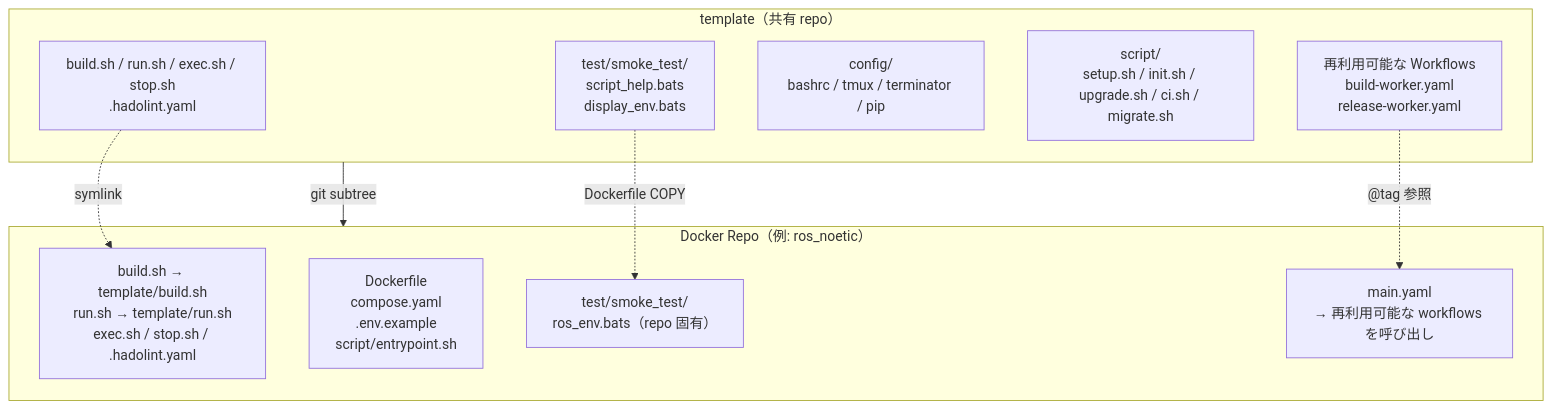
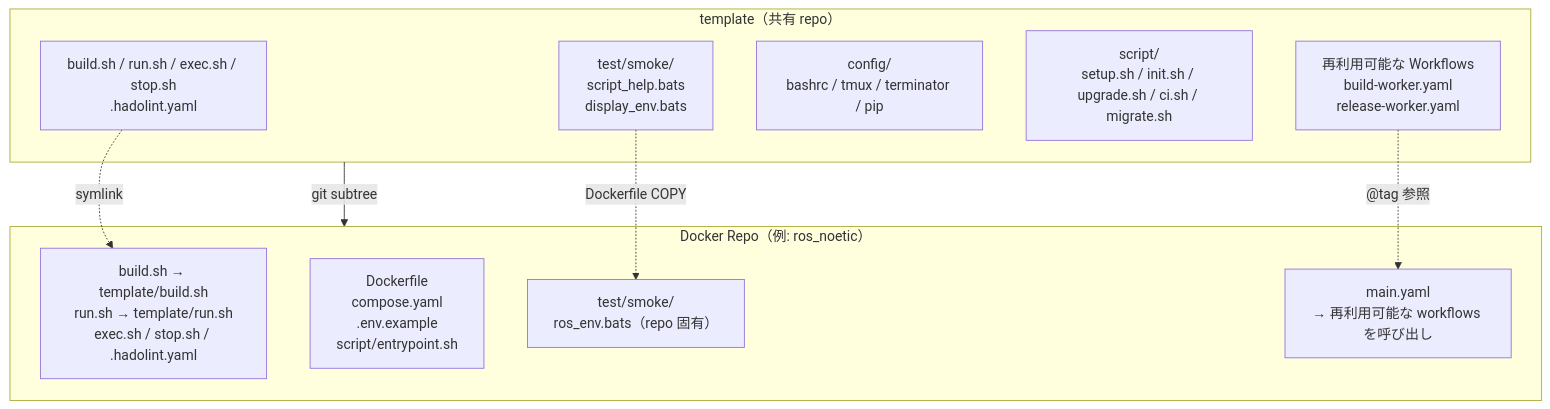
The first of 2 diagrams in doc/readme/README.ja.md (ycpss91255-docker/base), drawn with Mermaid before and after one commit. The commit also changed other lines of this file and 18 other files, not shown here.

First line of the commit message:
refactor: rename test/smoke_test/ → test/smoke/

````diff
--- a/doc/readme/README.ja.md
+++ b/doc/readme/README.ja.md
@@ -53,22 +53,22 @@
 ```mermaid
 graph TB
     subgraph template["template（共有 repo）"]
         scripts["build.sh / run.sh / exec.sh / stop.sh<br/>.hadolint.yaml"]
-        smoke["test/smoke_test/<br/>script_help.bats<br/>display_env.bats"]
+        smoke["test/smoke/<br/>script_help.bats<br/>display_env.bats"]
         config["config/<br/>bashrc / tmux / terminator / pip"]
         mgmt["script/<br/>setup.sh / init.sh / upgrade.sh / ci.sh / migrate.sh"]
         workflows["再利用可能な Workflows<br/>build-worker.yaml<br/>release-worker.yaml"]
     end
 
     subgraph consumer["Docker Repo（例: ros_noetic）"]
         symlinks["build.sh → template/build.sh<br/>run.sh → template/run.sh<br/>exec.sh / stop.sh / .hadolint.yaml"]
         dockerfile["Dockerfile<br/>compose.yaml<br/>.env.example<br/>script/entrypoint.sh"]
-        repo_test["test/smoke_test/<br/>ros_env.bats（repo 固有）"]
+        repo_test["test/smoke/<br/>ros_env.bats（repo 固有）"]
         main_yaml["main.yaml<br/>→ 再利用可能な workflows を呼び出し"]
     end
 
     template -- "git subtree" --> consumer
     scripts -. "symlink" .-> symlinks
     smoke -. "Dockerfile COPY" .-> repo_test
     workflows -. "@tag 参照" .-> main_yaml
 ```
````
